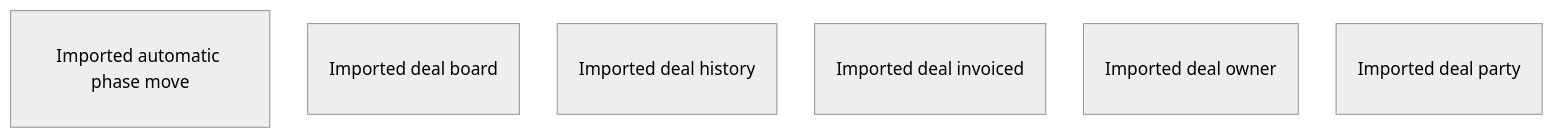
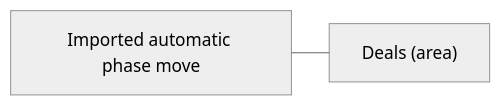
Before and after one commit to DoctorCRE/doctorcre-engine: the first of 6 diagrams in docs/database/tables/viewpoint-imported-deals.md, drawn with Mermaid (neutral theme). The commit also changed other lines of this file and 153 other files, not shown here.

````diff
--- a/docs/database/tables/viewpoint-imported-deals.md
+++ b/docs/database/tables/viewpoint-imported-deals.md
@@ -3,16 +7,12 @@
 ```mermaid
 ---
 config:
   layout: elk
-  er:
-    nodeSpacing: 22
-    rankSpacing: 44
+  flowchart:
+    htmlLabels: false
 ---
-erDiagram
-  "Imported automatic phase move"
-  "Imported deal board"
-  "Imported deal history"
-  "Imported deal invoiced"
-  "Imported deal owner"
-  "Imported deal party"
+flowchart LR
+  center["Imported automatic phase move"]
+  n0["Deals (area)"]
+  center --- n0
 ```
````
